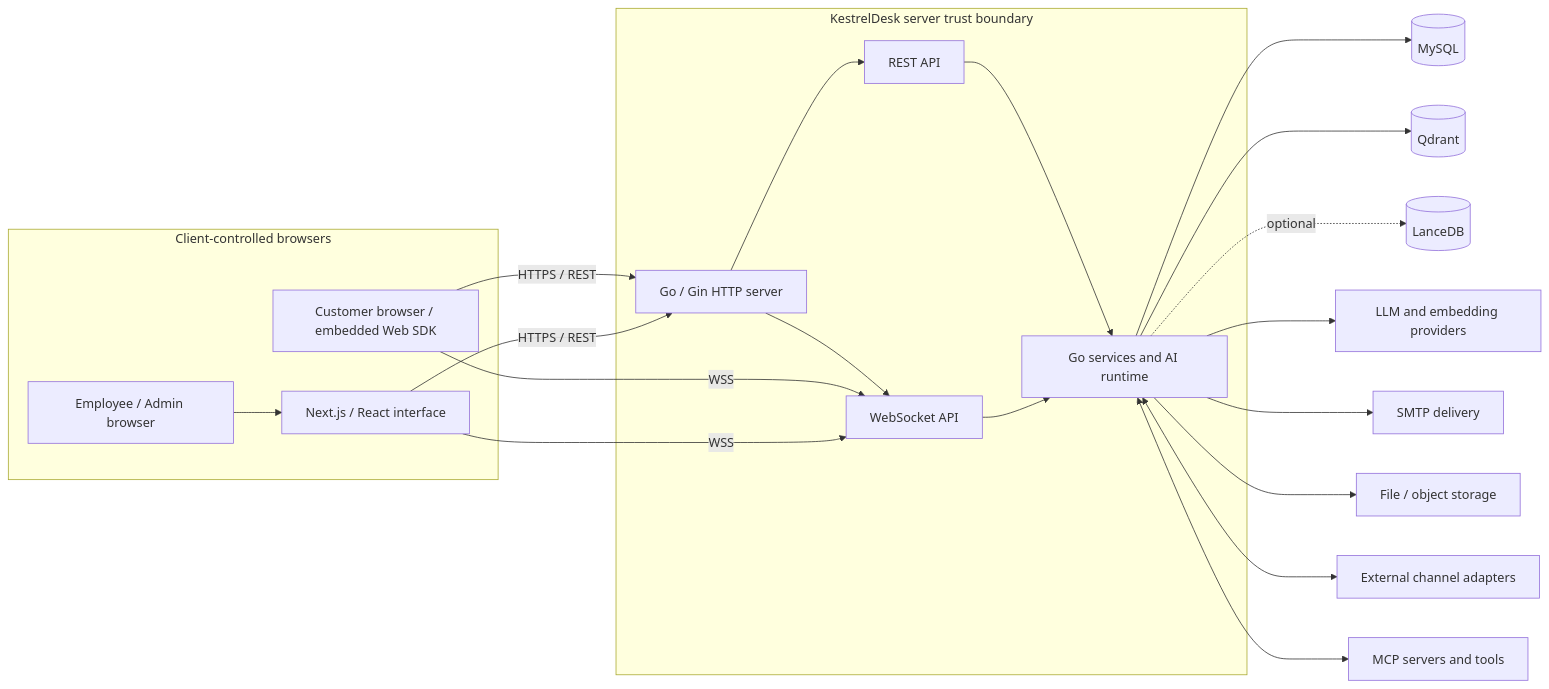
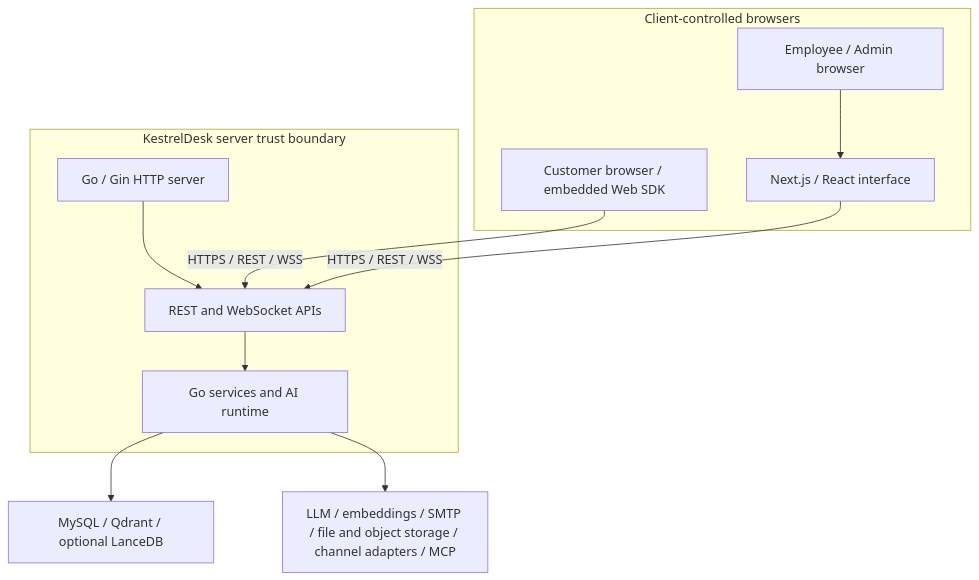
One commit to Swhshd/kestreldesk changed the first of 6 diagrams in README.md. Above: the diagram before and after it, drawn with Mermaid. The commit also changed other lines of this file, not shown here.

Commit message:
docs: improve README diagram readability

````diff
--- a/README.md
+++ b/README.md
@@ -92,34 +92,22 @@
 ```mermaid
-flowchart LR
+flowchart TB
   subgraph Clients[Client-controlled browsers]
     customer[Customer browser / embedded Web SDK]
     employee[Employee / Admin browser]
     ui[Next.js / React interface]
     employee --> ui
   end
 
   subgraph App[KestrelDesk server trust boundary]
     server[Go / Gin HTTP server]
-    rest[REST API]
-    ws[WebSocket API]
+    api[REST and WebSocket APIs]
     services[Go services and AI runtime]
-    server --> rest
-    server --> ws
-    rest --> services
-    ws --> services
+    server --> api --> services
   end
 
-  customer -->|HTTPS / REST| server
-  customer -->|WSS| ws
-  ui -->|HTTPS / REST| server
-  ui -->|WSS| ws
+  customer -->|HTTPS / REST / WSS| api
+  ui -->|HTTPS / REST / WSS| api
 
-  services --> mysql[(MySQL)]
-  services --> qdrant[(Qdrant)]
-  services -. optional .-> lance[(LanceDB)]
-  services --> models[LLM and embedding providers]
-  services --> smtp[SMTP delivery]
-  services --> storage[File / object storage]
-  services <--> channels[External channel adapters]
-  services <--> mcp[MCP servers and tools]
+  services --> data[MySQL / Qdrant / optional LanceDB]
+  services --> integrations[LLM / embeddings / SMTP / file and object storage / channel adapters / MCP]
 ```
````
